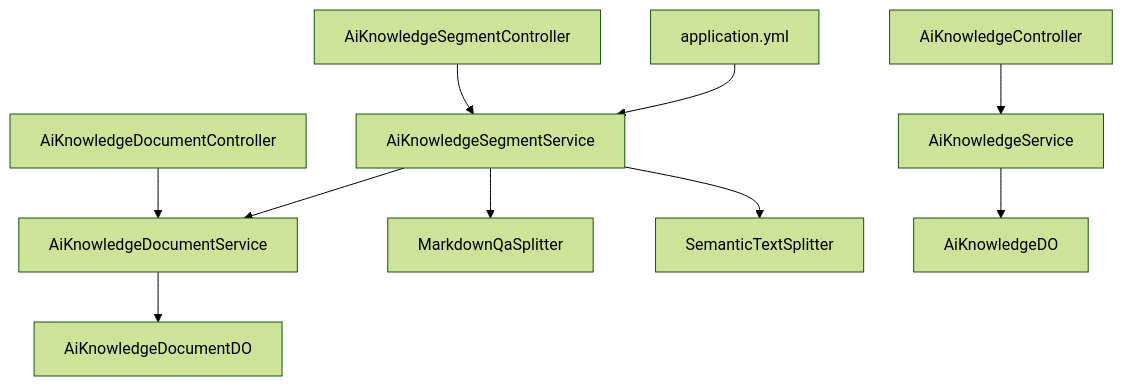
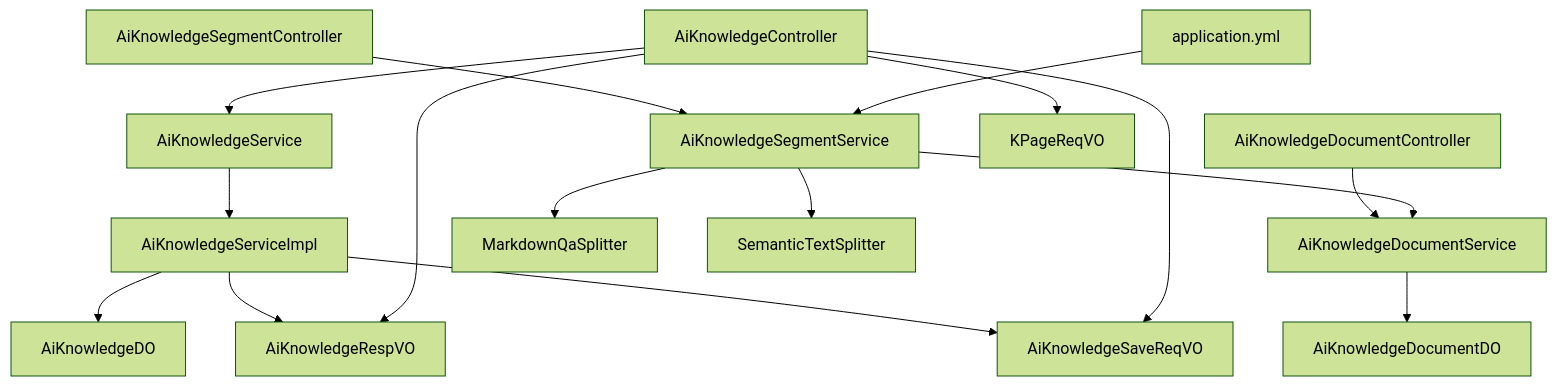
Before and after one commit to X555LB/data-ai: the eighth of 8 diagrams in .qoder/repowiki/zh/content/知识库管理系统/知识库管理系统.md, drawn with Mermaid (forest theme). The commit also changed other lines of this file and 31 other files, not shown here.

````diff
--- a/.qoder/repowiki/zh/content/知识库管理系统/知识库管理系统.md
+++ b/.qoder/repowiki/zh/content/知识库管理系统/知识库管理系统.md
@@ -353,12 +538,18 @@
 ```mermaid
 graph TB
 C1["AiKnowledgeController"] --> S1["AiKnowledgeService"]
 C2["AiKnowledgeDocumentController"] --> S2["AiKnowledgeDocumentService"]
 C3["AiKnowledgeSegmentController"] --> S3["AiKnowledgeSegmentService"]
+S1 --> SI1["AiKnowledgeServiceImpl"]
 S3 --> S2
 S3 --> Split1["MarkdownQaSplitter"]
 S3 --> Split2["SemanticTextSplitter"]
-S1 --> KDO["AiKnowledgeDO"]
+SI1 --> KDO["AiKnowledgeDO"]
 S2 --> DDO["AiKnowledgeDocumentDO"]
+SI1 --> KRespVO["AiKnowledgeRespVO"]
+SI1 --> KSaveReqVO["AiKnowledgeSaveReqVO"]
+C1 --> KRespVO
+C1 --> KSaveReqVO
+C1 --> KPageReqVO
 CFG["application.yml"] --> S3
 ```
````
